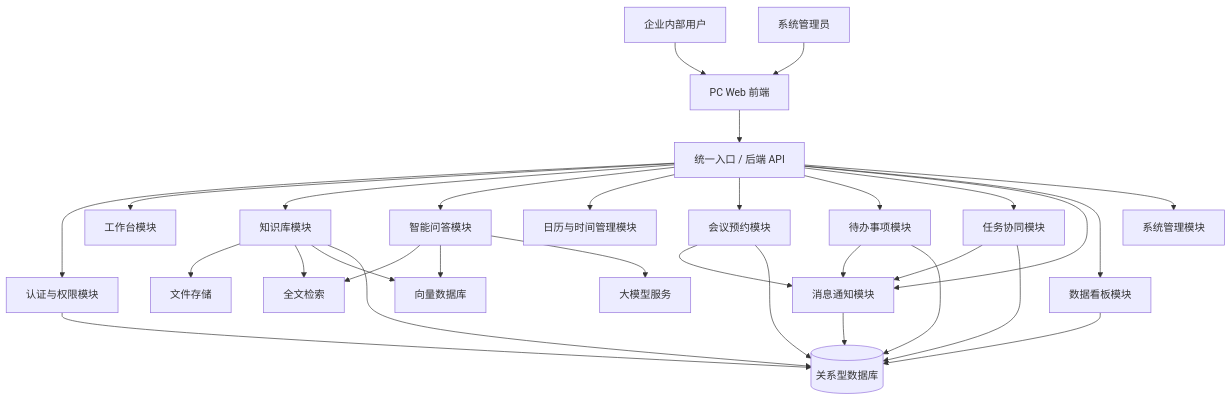
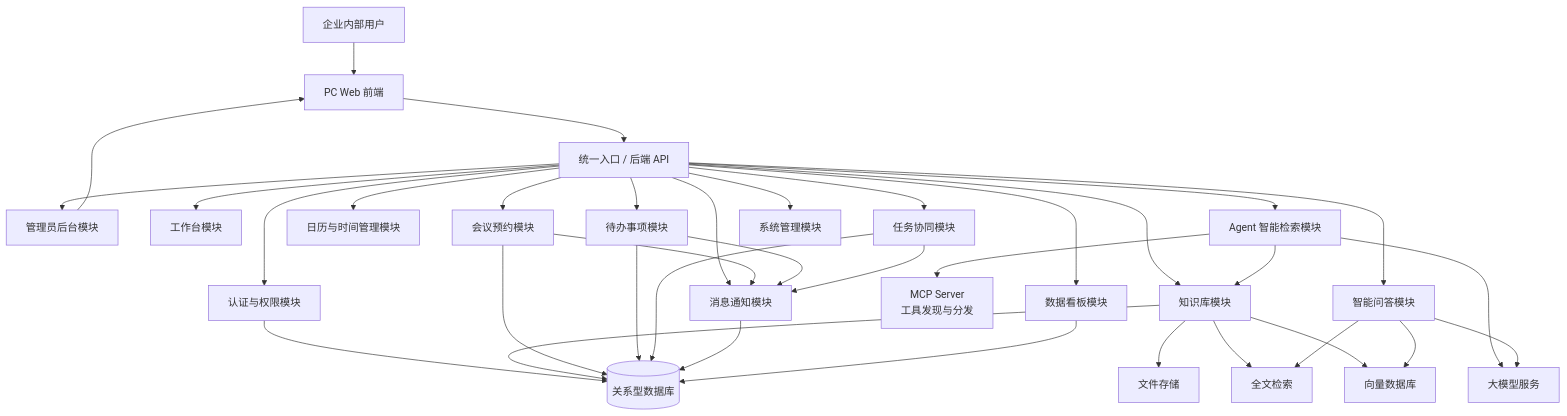
One commit to ZjlShenshiqing/EnterpriseKnowledgeWorkspace changed the first of 5 diagrams in docs/sdd.md. Above: the diagram before and after it, drawn with Mermaid. The commit also changed other lines of this file and 40 other files, not shown here.

First line of the commit message:
fix: JSON 类型改为 LONGTEXT，与现有 schema 风格统一

````diff
--- a/docs/sdd.md
+++ b/docs/sdd.md
@@ -5,38 +5,43 @@
 ```mermaid
 flowchart TB
     User[企业内部用户] --> Web[PC Web 前端]
     Admin[系统管理员] --> Web
 
     Web --> Gateway[统一入口 / 后端 API]
 
     Gateway --> Auth[认证与权限模块]
     Gateway --> Workbench[工作台模块]
     Gateway --> Knowledge[知识库模块]
+    Gateway --> Agent[Agent 智能检索模块]
     Gateway --> AIQA[智能问答模块]
     Gateway --> Calendar[日历与时间管理模块]
     Gateway --> Meeting[会议预约模块]
     Gateway --> Todo[待办事项模块]
     Gateway --> Task[任务协同模块]
     Gateway --> Notify[消息通知模块]
     Gateway --> Dashboard[数据看板模块]
     Gateway --> System[系统管理模块]
+    Gateway --> Admin[管理员后台模块]
 
     Knowledge --> FileStorage[文件存储]
     Knowledge --> Search[全文检索]
     Knowledge --> VectorDB[向量数据库]
+    Agent --> LLM[大模型服务]
+    Agent --> Knowledge
+    Agent --> MCP[MCP Server<br/>工具发现与分发]
     AIQA --> Search
     AIQA --> VectorDB
-    AIQA --> LLM[大模型服务]
+    AIQA --> LLM
 
     Meeting --> Notify
     Todo --> Notify
     Task --> Notify
 
     Auth --> DB[(关系型数据库)]
     Knowledge --> DB
     Meeting --> DB
     Todo --> DB
     Task --> DB
     Notify --> DB
     Dashboard --> DB
 ```
````
